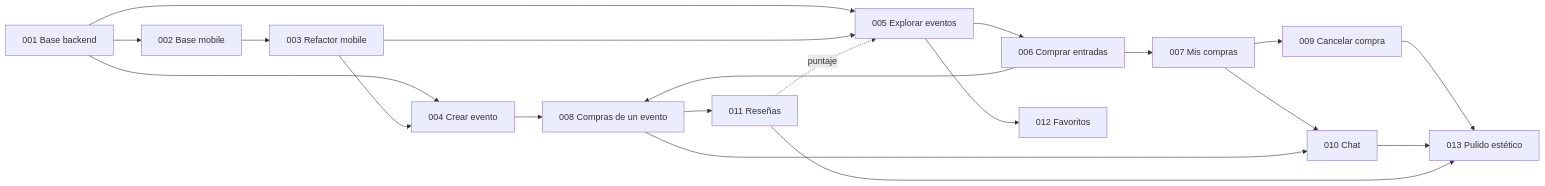
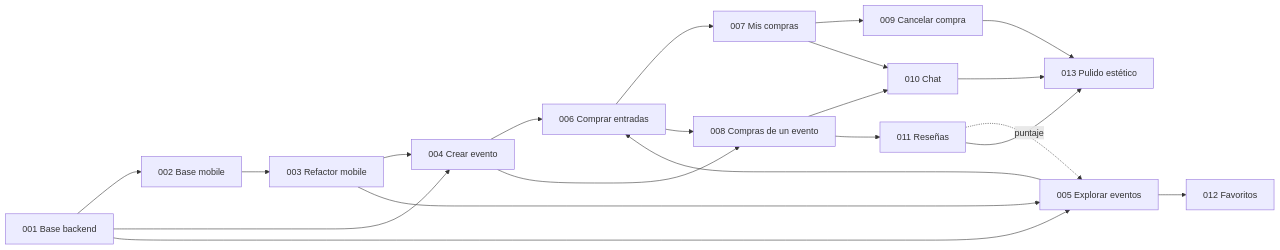
The diagram in docs/backlog.md (bdasilvabarata/ai-ticket-it), drawn with Mermaid before and after one commit. The commit also changed other lines of this file and 4 other files, not shown here.

````diff
--- a/docs/backlog.md
+++ b/docs/backlog.md
@@ -30,22 +30,23 @@
 ```mermaid
 graph LR
   F001[001 Base backend] --> F002[002 Base mobile]
   F002 --> F003[003 Refactor mobile]
   F001 --> F004[004 Crear evento]
   F003 --> F004
   F001 --> F005[005 Explorar eventos]
   F003 --> F005
-  F005 --> F006[006 Comprar entradas]
+  F004 --> F006[006 Comprar entradas]
+  F005 --> F006
   F006 --> F007[007 Mis compras]
   F004 --> F008[008 Compras de un evento]
   F006 --> F008
   F007 --> F009[009 Cancelar compra]
   F007 --> F010[010 Chat]
   F008 --> F010
   F008 --> F011[011 Reseñas]
   F011 -. puntaje .-> F005
   F005 --> F012[012 Favoritos]
   F009 --> F013[013 Pulido estético]
   F010 --> F013
   F011 --> F013
 ```
````
